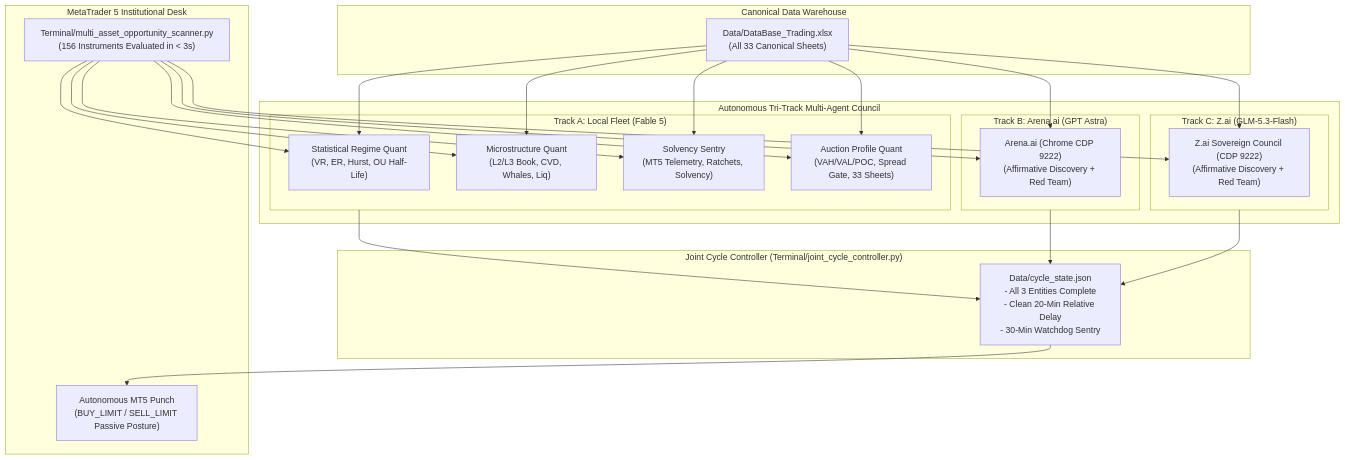
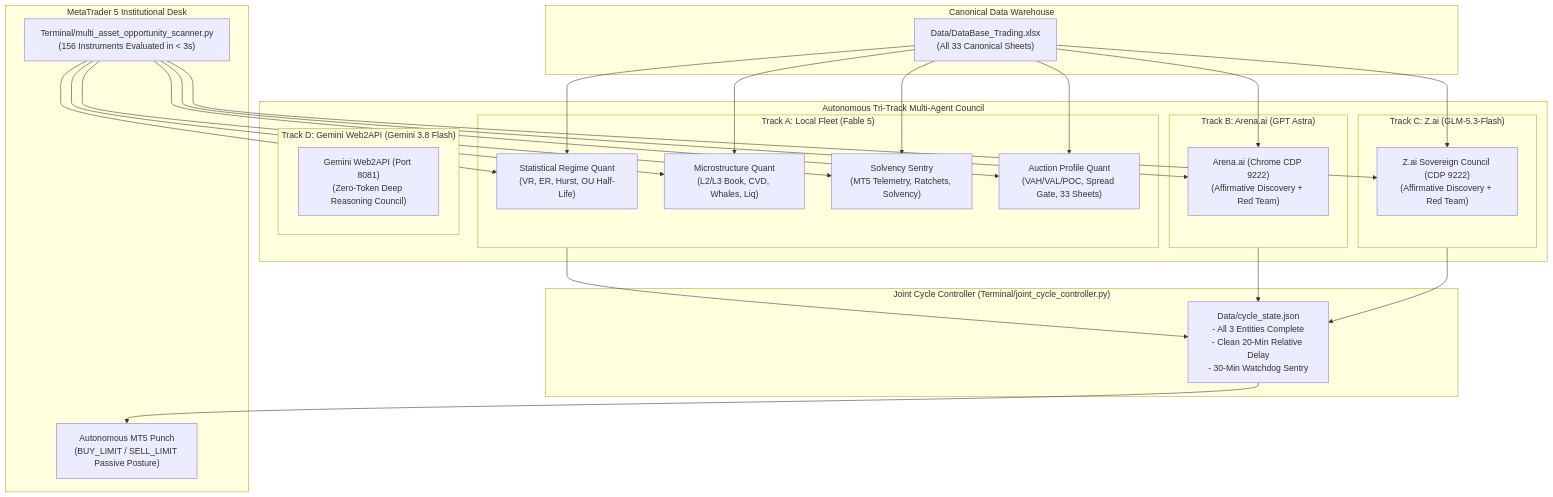
One commit to kbsingh1399/Trading_2 changed the first of 3 diagrams in Data/Manditory/STANDARDIZED_TRADING_DECISION_CHAIN.md. Above: the diagram before and after it, drawn with Mermaid. The commit also changed other lines of this file and 116 other files, not shown here.

````diff
--- a/Data/Manditory/STANDARDIZED_TRADING_DECISION_CHAIN.md
+++ b/Data/Manditory/STANDARDIZED_TRADING_DECISION_CHAIN.md
@@ -49,39 +49,43 @@
 ```mermaid
 flowchart TD
     subgraph MultiAgentCouncil ["Autonomous Tri-Track Multi-Agent Council"]
         subgraph TrackA ["Track A: Local Fleet (Fable 5)"]
             A1["Statistical Regime Quant<br/>(VR, ER, Hurst, OU Half-Life)"]
             A2["Microstructure Quant<br/>(L2/L3 Book, CVD, Whales, Liq)"]
             A3["Solvency Sentry<br/>(MT5 Telemetry, Ratchets, Solvency)"]
             A4["Auction Profile Quant<br/>(VAH/VAL/POC, Spread Gate, 33 Sheets)"]
         end
         subgraph TrackB ["Track B: Arena.ai (GPT Astra)"]
             Arena["Arena.ai (Chrome CDP 9222)<br/>(Affirmative Discovery + Red Team)"]
         end
         subgraph TrackC ["Track C: Z.ai (GLM-5.3-Flash)"]
             Zai["Z.ai Sovereign Council (CDP 9222)<br/>(Affirmative Discovery + Red Team)"]
+        end
+
+        subgraph TrackD ["Track D: Gemini Web2API (Gemini 3.8 Flash)"]
+            Web2API["Gemini Web2API (Port 8081)<br/>(Zero-Token Deep Reasoning Council)"]
         end
     end
 
     subgraph DataWarehouse ["Canonical Data Warehouse"]
         DB["Data/DataBase_Trading.xlsx<br/>(All 33 Canonical Sheets)"]
     end
 
     subgraph CycleControl ["Joint Cycle Controller (Terminal/joint_cycle_controller.py)"]
         State["Data/cycle_state.json<br/>- All 3 Entities Complete<br/>- Clean 20-Min Relative Delay<br/>- 30-Min Watchdog Sentry"]
     end
 
     subgraph ExecutionBridge ["MetaTrader 5 Institutional Desk"]
         Scanner["Terminal/multi_asset_opportunity_scanner.py<br/>(156 Instruments Evaluated in < 3s)"]
         MT5["Autonomous MT5 Punch<br/>(BUY_LIMIT / SELL_LIMIT Passive Posture)"]
     end
 
     DB --> A1 & A2 & A3 & A4
     DB --> Arena
     DB --> Zai
     Scanner --> A1 & A2 & A3 & A4
     Scanner --> Arena
     Scanner --> Zai
     TrackA & TrackB & TrackC --> State
     State --> MT5
 ```
````
